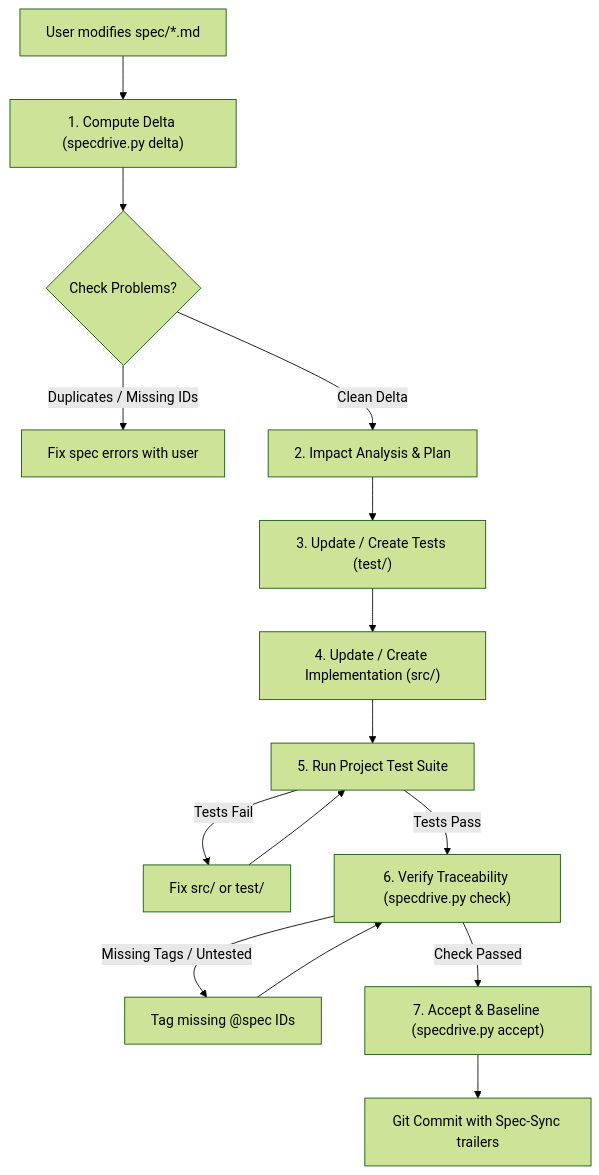
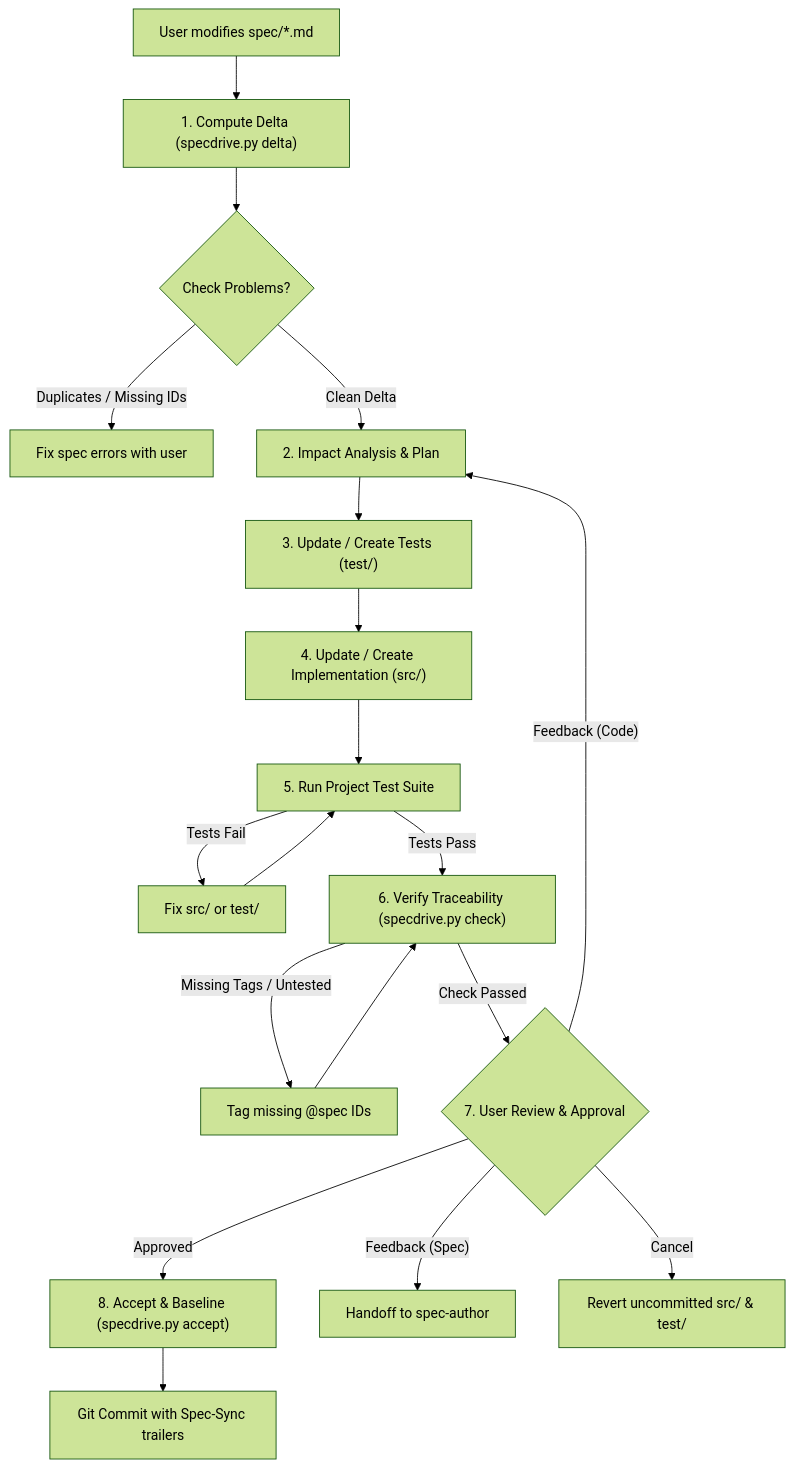
Before and after one commit to junov/SpecDrive: the diagram in .agents/skills/spec-sync/references/sync-protocol.md, drawn with Mermaid (forest theme). The commit also changed other lines of this file and 1 other file, not shown here.

Commit message:
Require user approval before accepting spec sync and mandate real UI screenshots

````diff
--- a/.agents/skills/spec-sync/references/sync-protocol.md
+++ b/.agents/skills/spec-sync/references/sync-protocol.md
@@ -8,17 +8,21 @@
 ```mermaid
 flowchart TD
     A["User modifies spec/*.md"] --> B["1. Compute Delta (specdrive.py delta)"]
     B --> C{"Check Problems?"}
     C -- "Duplicates / Missing IDs" --> D["Fix spec errors with user"]
     C -- "Clean Delta" --> E["2. Impact Analysis & Plan"]
     E --> F["3. Update / Create Tests (test/)"]
     F --> G["4. Update / Create Implementation (src/)"]
     G --> H["5. Run Project Test Suite"]
     H -- "Tests Fail" --> I["Fix src/ or test/"]
     I --> H
     H -- "Tests Pass" --> J["6. Verify Traceability (specdrive.py check)"]
     J -- "Missing Tags / Untested" --> K["Tag missing @spec IDs"]
     K --> J
-    J -- "Check Passed" --> L["7. Accept & Baseline (specdrive.py accept)"]
-    L --> M["Git Commit with Spec-Sync trailers"]
+    J -- "Check Passed" --> L{"7. User Review & Approval"}
+    L -- "Approved" --> M["8. Accept & Baseline (specdrive.py accept)"]
+    M --> N["Git Commit with Spec-Sync trailers"]
+    L -- "Feedback (Spec)" --> O["Handoff to spec-author"]
+    L -- "Feedback (Code)" --> E
+    L -- "Cancel" --> P["Revert uncommitted src/ & test/"]
 ```
````
